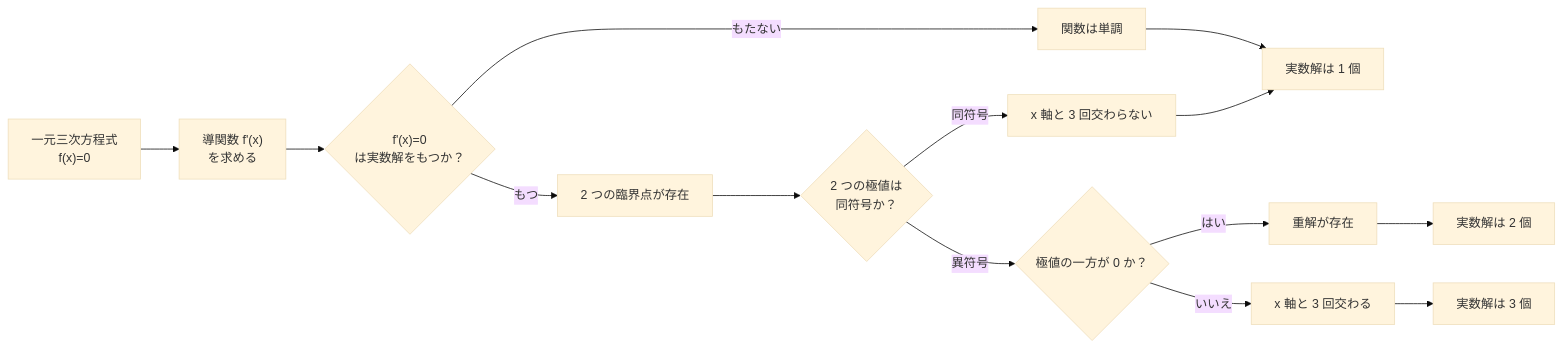
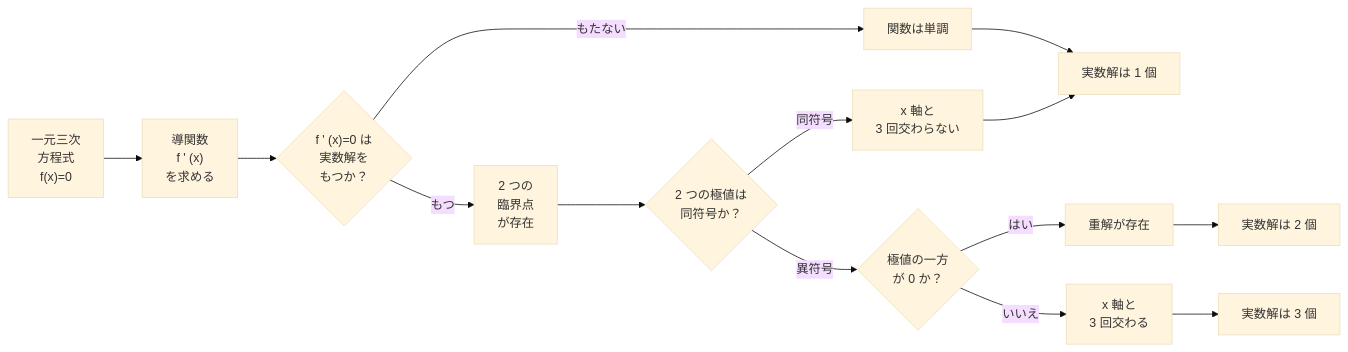
The diagram in src/content/blog/cubicEquationInOneVariable.md (jekyll-hyn/studynotes), drawn with Mermaid (base theme) before and after one commit.

Commit message:
Changes to be committed: 	modified:   src/content/blog/cubicEquationInOneVariable.md

````diff
--- a/src/content/blog/cubicEquationInOneVariable.md
+++ b/src/content/blog/cubicEquationInOneVariable.md
@@ -8,26 +8,23 @@
 ```mermaid
 flowchart LR
-    A["一元三次方程式
-     f(x)=0"] --> B["導関数 f'(x) 
-     を求める"]
-    B --> C{"f'(x)=0 
-    は実数解をもつか？"}
+    A["一元三次<br/>方程式<br/>f(x)=0"] --> B["導関数<br/> f ' (x)<br/>を求める"]
+    B --> C{"f ' (x)=0 は<br/>実数解を<br/>もつか？"}
 
     C -- "もたない" --> D["関数は単調"]
     D --> E["実数解は 1 個"]
 
-    C -- "もつ" --> F["2 つの臨界点が存在"]
-    F --> G{"2 つの極値は
-    同符号か？"}
+    C -- "もつ" --> F["2 つの<br/>臨界点<br/>が存在"]
+    F --> G{"2 つの極値は<br/>同符号か？"}
 
-    G -- "同符号" --> H["x 軸と 3 回交わらない"]
+    G -- "同符号" --> H["x 軸と<br/>3 回交わらない"]
     H --> E
 
-    G -- "異符号" --> I{"極値の一方が 0 か？"}
+    G -- "異符号" --> I{"極値の一方<br/>が 0 か？"}
 
     I -- "はい" --> J["重解が存在"]
     J --> K["実数解は 2 個"]
 
-    I -- "いいえ" --> L["x 軸と 3 回交わる"]
+    I -- "いいえ" --> L["x 軸と<br/>3 回交わる"]
     L --> M["実数解は 3 個"]
+
 ```
````
